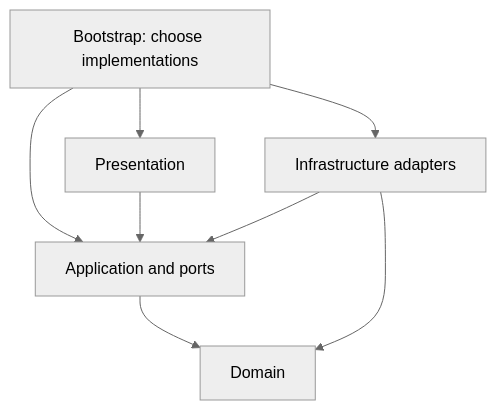
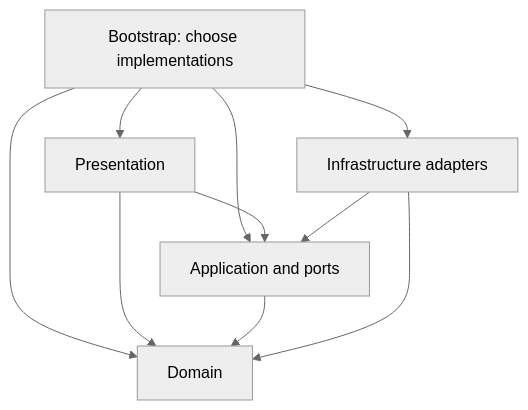
The first of 2 diagrams in content/book/chapter-10.md (polla-fattah/ood-agile-book), drawn with Mermaid (neutral theme) before and after one commit. The commit also changed other lines of this file and 33 other files, not shown here.

````diff
--- a/content/book/chapter-10.md
+++ b/content/book/chapter-10.md
@@ -162,10 +173,12 @@
 ```mermaid
 flowchart TB
     B["Bootstrap: choose implementations"] --> P["Presentation"]
     B --> A["Application and ports"]
     B --> I["Infrastructure adapters"]
+    B --> D["Domain"]
     P --> A
-    A --> D["Domain"]
+    P --> D
+    A --> D
     I --> A
     I --> D
 ```
````
